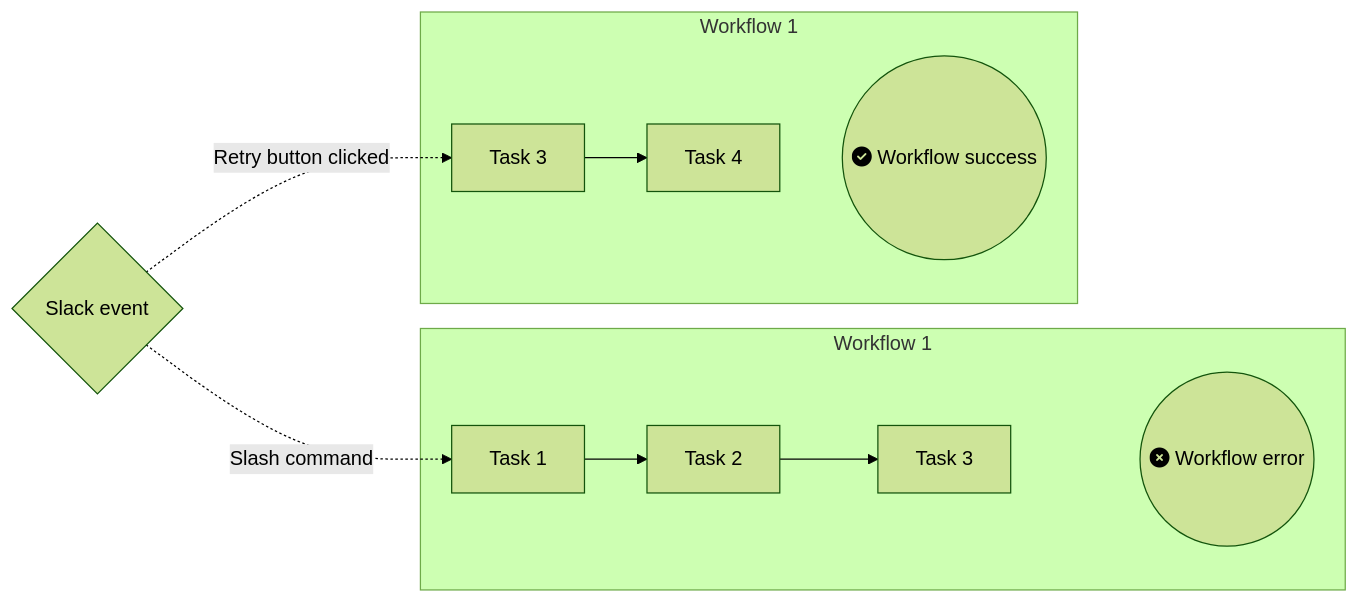
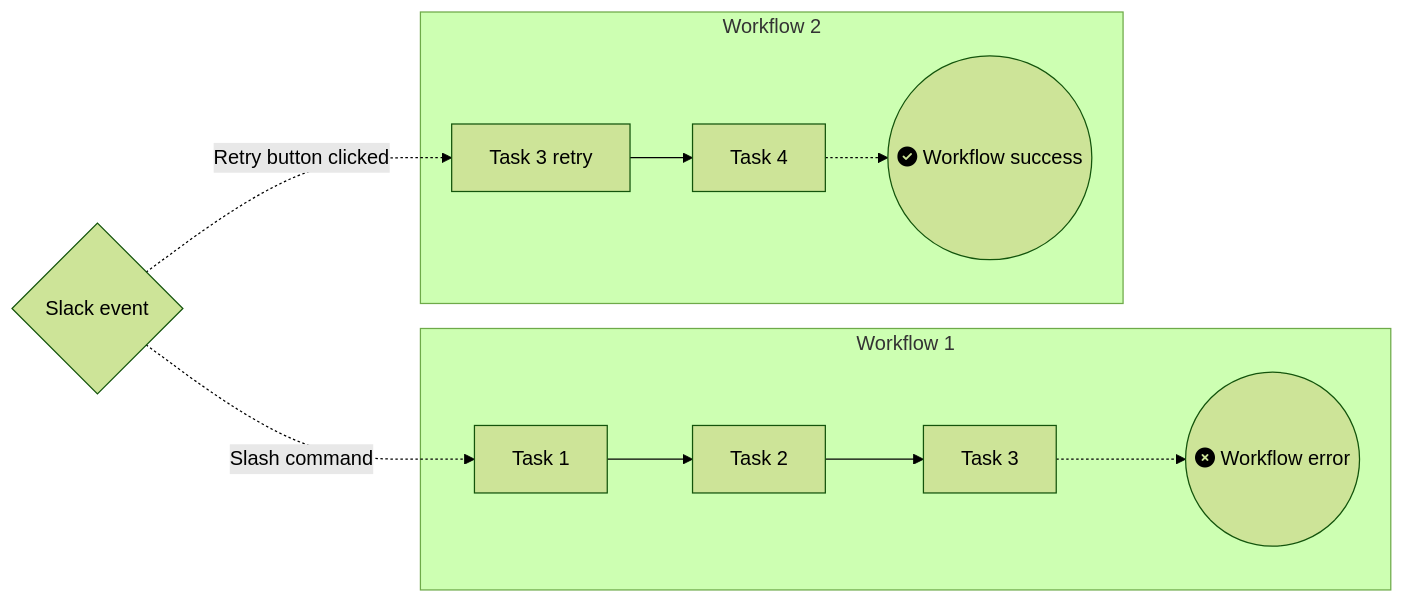
Before and after one commit to autokitteh/kittehub: the diagram in task_chain/README.md, drawn with Mermaid (forest theme).

Commit message:
Flowchart fix

````diff
--- a/task_chain/README.md
+++ b/task_chain/README.md
@@ -13,19 +13,19 @@
 ```mermaid
 flowchart LR
     slack{Slack event}
     task1[Task 1]
     task2[Task 2]
     task3a[Task 3]
-    task3b[Task 3]
+    task3b[Task 3 retry]
     task4[Task 4]
     error((fa:fa-circle-xmark Workflow error))
     success((fa:fa-circle-check Workflow success))
     slack -. Slash command .-> task1
     slack -. Retry button clicked .-> task3b
     subgraph Workflow 1
-    task1 --> task2 --> task3a ~~~ error
+    task1 --> task2 --> task3a -.-> error
     end
-    subgraph Workflow 1
-    task3b --> task4 ~~~ success
+    subgraph Workflow 2
+    task3b --> task4 -.-> success
     end
 ```
````
